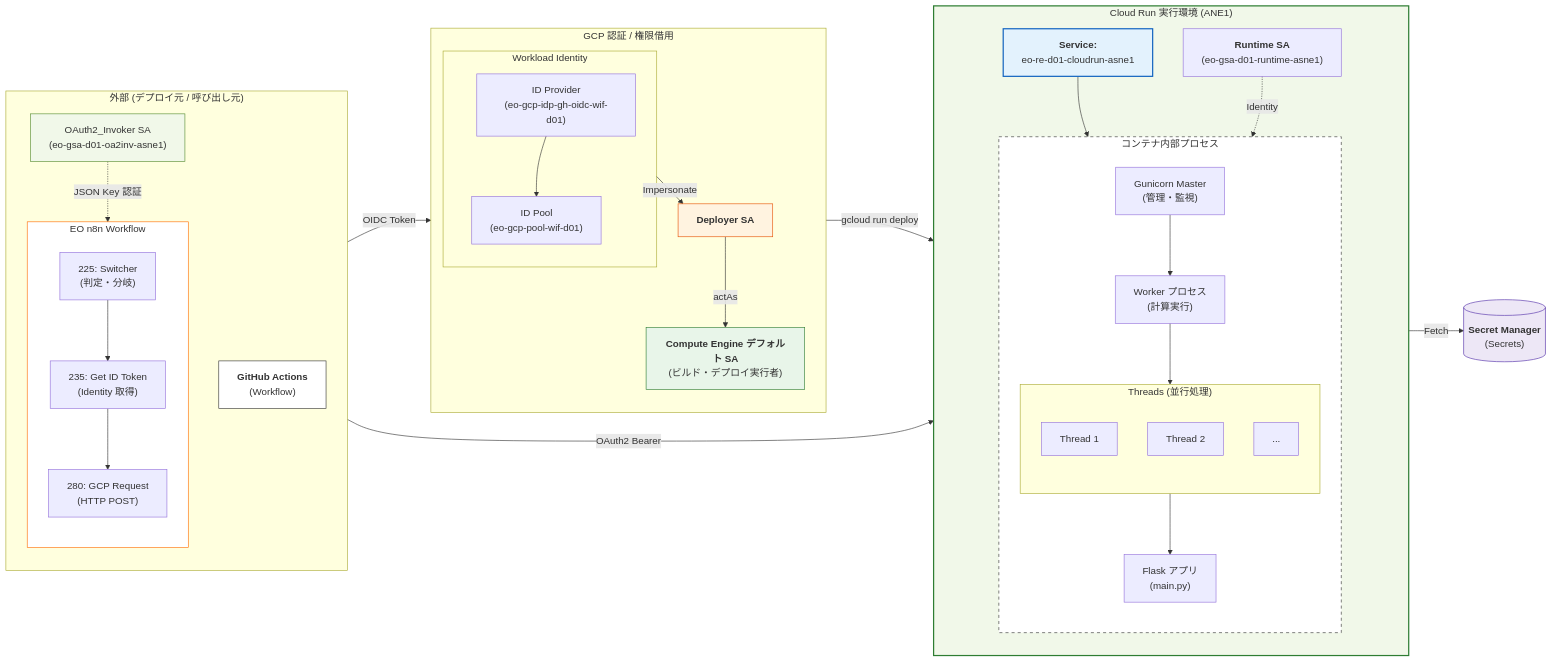
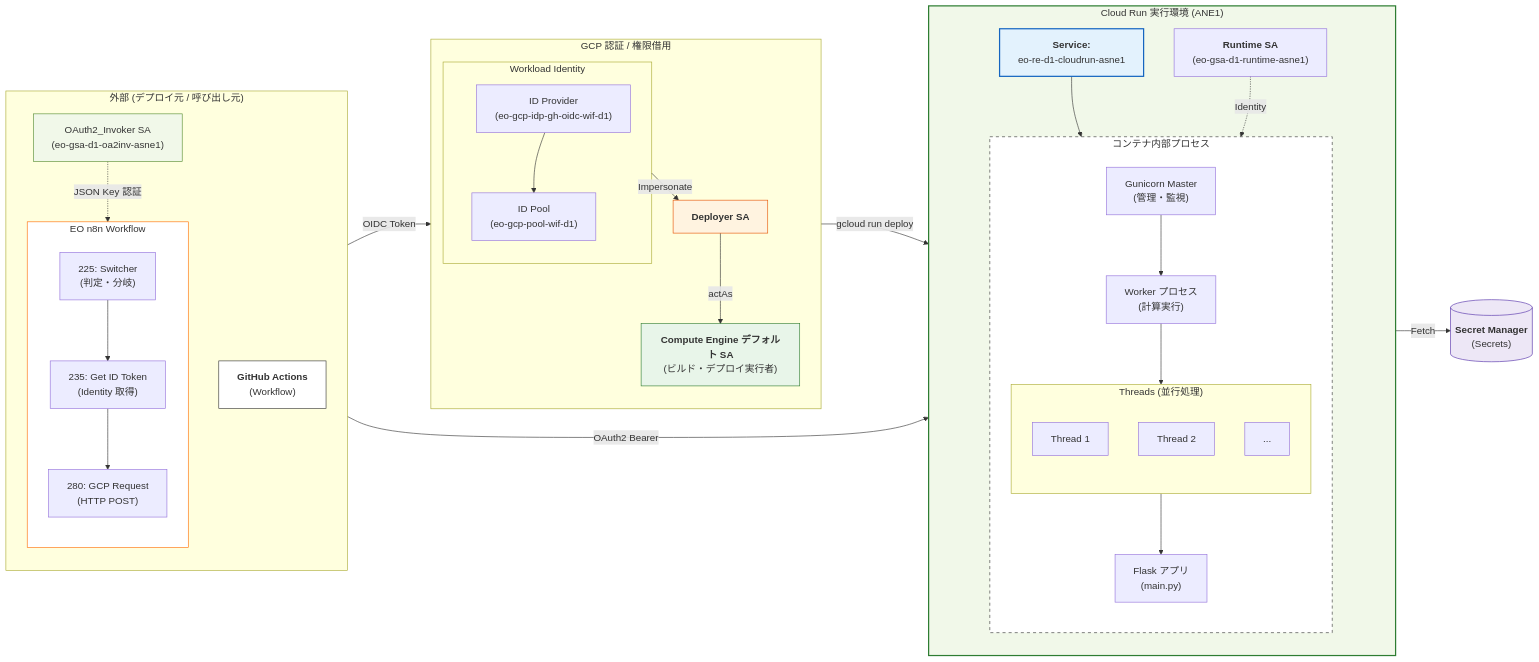
Before and after one commit to Masamasamasashito/EdgeOptimizer: the diagram in EO_Documents/Manuals/py/CloudRun_README.md, drawn with Mermaid. The commit also changed other lines of this file and 12 other files, not shown here.

````diff
--- a/EO_Documents/Manuals/py/CloudRun_README.md
+++ b/EO_Documents/Manuals/py/CloudRun_README.md
@@ -992,79 +992,79 @@
 ```mermaid
 flowchart LR
     %% External Systems
     subgraph External ["外部 (デプロイ元 / 呼び出し元)"]
         direction TB
         GHA["<b>GitHub Actions</b><br/>(Workflow)"]
         
         subgraph n8n_Block ["EO n8n Workflow"]
             direction TB
             N225["225: Switcher<br/>(判定・分岐)"]
             N235["235: Get ID Token<br/>(Identity 取得)"]
             N280["280: GCP Request<br/>(HTTP POST)"]
             
             N225 --> N235 --> N280
         end
         
-        SAO["OAuth2_Invoker SA<br/>(eo-gsa-d01-oa2inv-asne1)"]
+        SAO["OAuth2_Invoker SA<br/>(eo-gsa-d1-oa2inv-asne1)"]
         SAO -.->|JSON Key 認証| N235
     end
 
     %% Auth Layer
     subgraph Auth ["GCP 認証 / 権限借用"]
         direction TB
         subgraph WIF ["Workload Identity"]
-            IDP["ID Provider<br/>(eo-gcp-idp-gh-oidc-wif-d01)"] --> Pool["ID Pool<br/>(eo-gcp-pool-wif-d01)"]
+            IDP["ID Provider<br/>(eo-gcp-idp-gh-oidc-wif-d1)"] --> Pool["ID Pool<br/>(eo-gcp-pool-wif-d1)"]
         end
         SAD["<b>Deployer SA</b>"]
         SACE["<b>Compute Engine デフォルト SA</b><br/>(ビルド・デプロイ実行者)"]
         WIF -->|Impersonate| SAD
         SAD -->|actAs| SACE
     end
 
     %% Cloud Run Environment
     subgraph RunEnv ["Cloud Run 実行環境 (ANE1)"]
         direction TB
-        ServiceNode["<b>Service:</b><br/>eo-re-d01-cloudrun-asne1"]
+        ServiceNode["<b>Service:</b><br/>eo-re-d1-cloudrun-asne1"]
         
         subgraph Container ["コンテナ内部プロセス"]
             direction TB
             Master["Gunicorn Master<br/>(管理・監視)"]
             Worker["Worker プロセス<br/>(計算実行)"]
             
             subgraph Concurrency ["Threads (並行処理)"]
                 direction TB
                 T1["Thread 1"]
                 T2["Thread 2"]
                 T3["..."]
             end
             
             Master --> Worker
             Worker --> Concurrency
             Concurrency --> Flask["Flask アプリ<br/>(main.py)"]
         end
         
-        SAR["<b>Runtime SA</b><br/>(eo-gsa-d01-runtime-asne1)"]
+        SAR["<b>Runtime SA</b><br/>(eo-gsa-d1-runtime-asne1)"]
         ServiceNode --> Master
         SAR -.->|Identity| Master
     end
 
     %% Services
     SecretMng[("<b>Secret Manager</b><br/>(Secrets)")]
 
     %% Main Flows
     GHA -->|OIDC Token| IDP
     SACE -->|gcloud run deploy| ServiceNode
     N280 -->|OAuth2 Bearer| ServiceNode
     Flask -->|Fetch| SecretMng
 
     %% Styling
     style RunEnv fill:#f1f8e9,stroke:#2e7d32,stroke-width:2px
     style Container fill:#fff,stroke:#333,stroke-dasharray: 5 5
     style ServiceNode fill:#e3f2fd,stroke:#1565c0,stroke-width:2px
     style SAD fill:#fff3e0,stroke:#e65100
     style SACE fill:#e8f5e9,stroke:#2e7d32
     style SAO fill:#f1f8e9,stroke:#558b2f
     style SecretMng fill:#ede7f6,stroke:#512da8
     style n8n_Block fill:#fff,stroke:#ff6d00
     style GHA fill:#fff,stroke:#333
 ```
````
